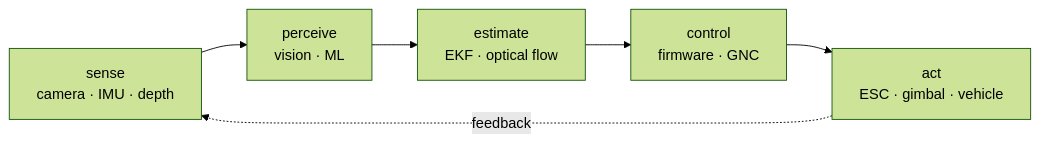
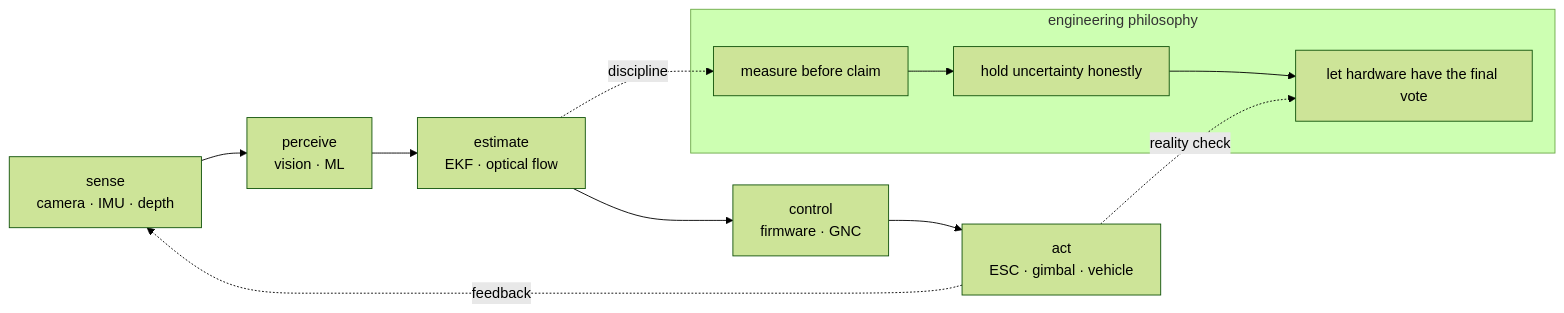
One commit to fh1m/fh1m changed the diagram in README.md. Above: the diagram before and after it, drawn with Mermaid (forest theme). The commit also changed other lines of this file, not shown here.

Commit message:
Center profile controls and add engineering philosophy

````diff
--- a/README.md
+++ b/README.md
@@ -36,8 +40,15 @@
 ```mermaid
 flowchart LR
     S["sense<br/>camera · IMU · depth"] --> P["perceive<br/>vision · ML"]
     P --> E["estimate<br/>EKF · optical flow"]
     E --> C["control<br/>firmware · GNC"]
     C --> A["act<br/>ESC · gimbal · vehicle"]
     A -. feedback .-> S
+
+    subgraph PH["engineering philosophy"]
+        M["measure before claim"] --> H["hold uncertainty honestly"] --> L["let hardware have the final vote"]
+    end
+
+    E -. "discipline" .-> M
+    A -. "reality check" .-> L
 ```
````
